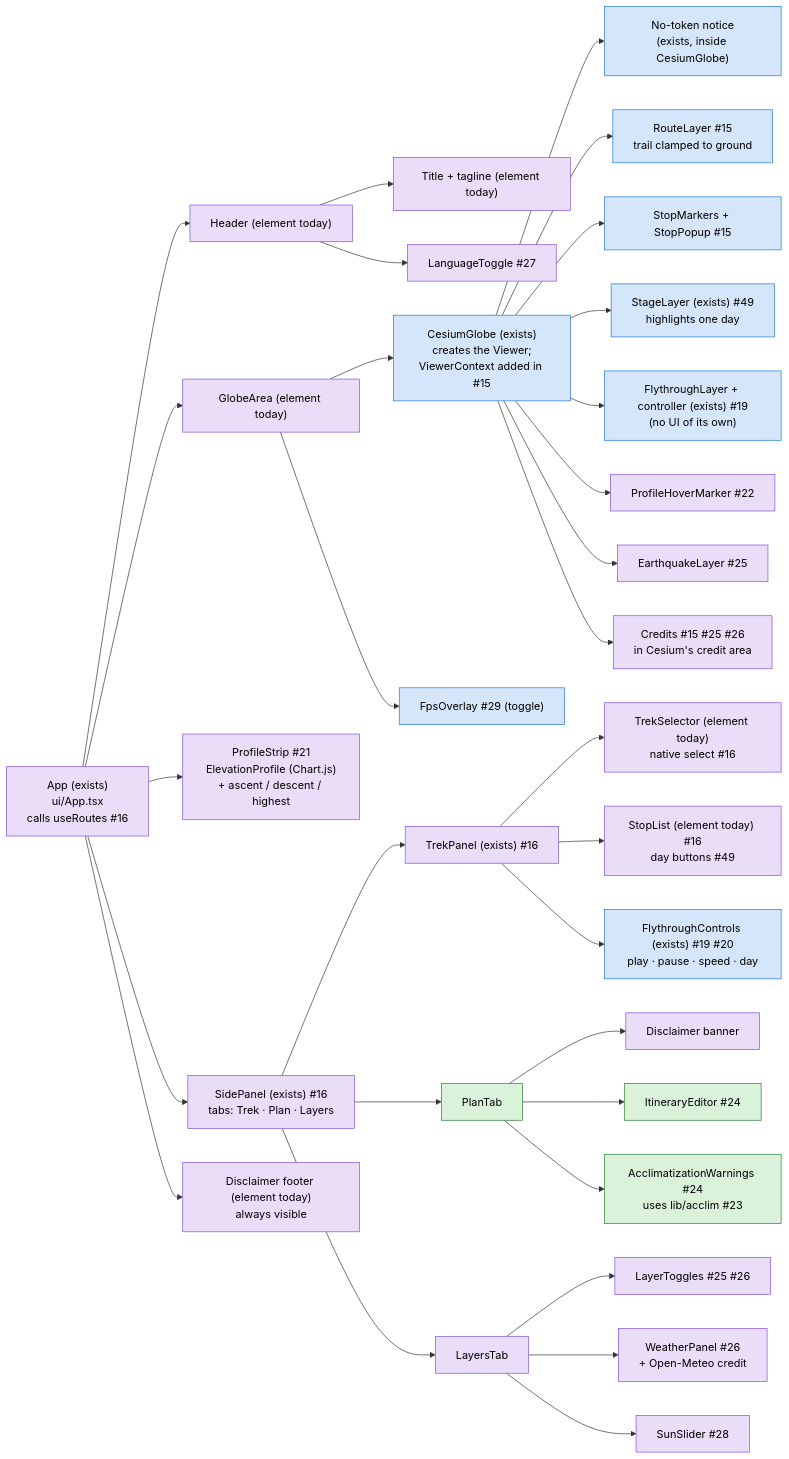
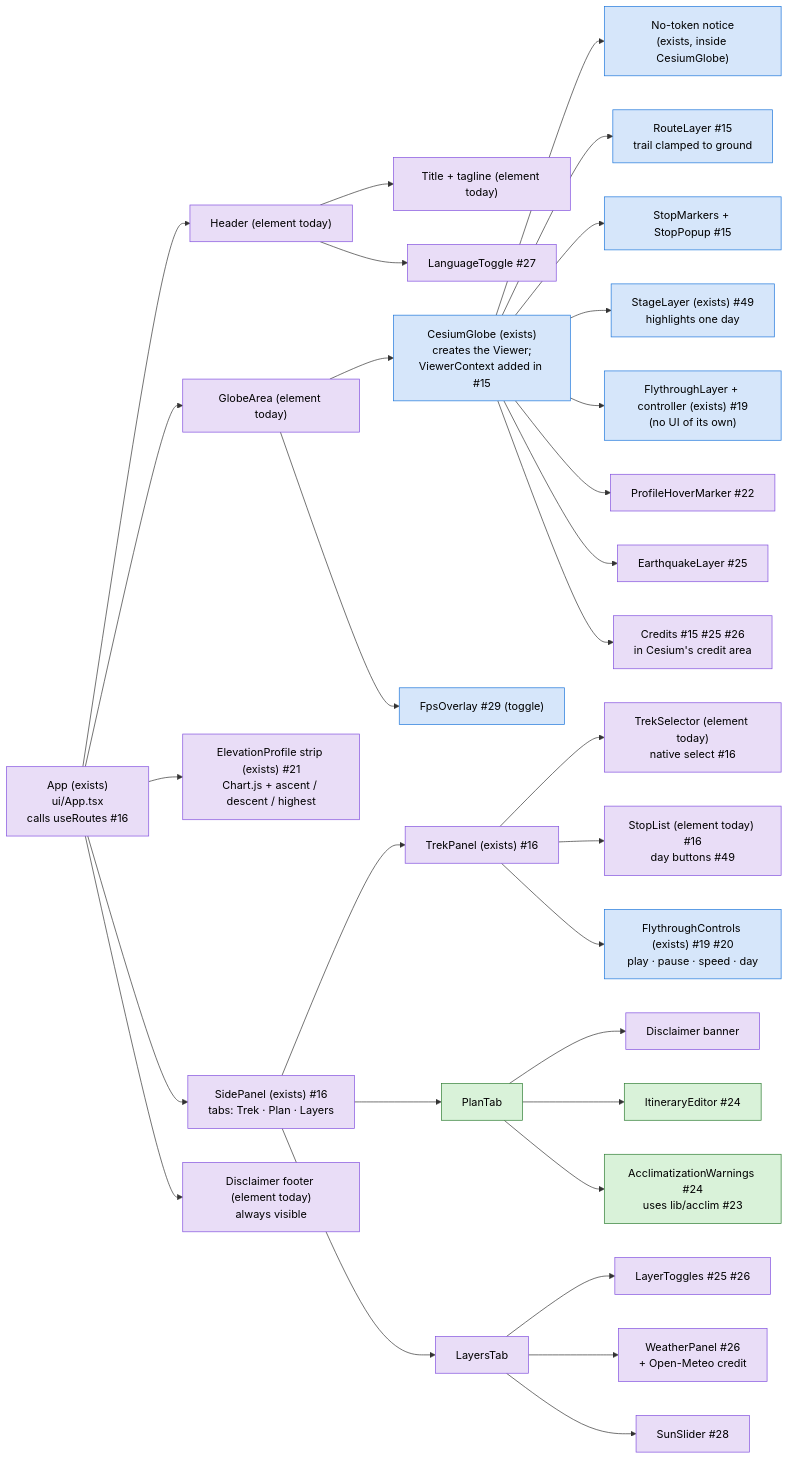
Before and after one commit to dipson6525/himalaya-3d: the first of 2 diagrams in docs/ui-design.md, drawn with Mermaid. The commit also changed other lines of this file and 8 other files, not shown here.

````diff
--- a/docs/ui-design.md
+++ b/docs/ui-design.md
@@ -51,42 +51,42 @@
 ```mermaid
 flowchart LR
   App["App (exists)<br/>ui/App.tsx<br/>calls useRoutes #16"]:::dipson
 
   App --> Header["Header (element today)"]:::dipson
   Header --> Title["Title + tagline (element today)"]:::dipson
   Header --> Lang["LanguageToggle #27"]:::dipson
 
   App --> GlobeArea["GlobeArea (element today)"]:::dipson
   GlobeArea --> Globe["CesiumGlobe (exists)<br/>creates the Viewer;<br/>ViewerContext added in #15"]:::sparsh
   Globe --> Notice["No-token notice<br/>(exists, inside CesiumGlobe)"]:::sparsh
   Globe --> RouteLayer["RouteLayer #15<br/>trail clamped to ground"]:::sparsh
   Globe --> Stops["StopMarkers + StopPopup #15"]:::sparsh
   Globe --> StageLayer["StageLayer (exists) #49<br/>highlights one day"]:::sparsh
   Globe --> Fly["FlythroughLayer + controller (exists) #19<br/>(no UI of its own)"]:::sparsh
   Globe --> HoverMarker["ProfileHoverMarker #22"]:::dipson
   Globe --> Quakes["EarthquakeLayer #25"]:::dipson
   Globe --> Credits["Credits #15 #25 #26<br/>in Cesium's credit area"]:::dipson
   GlobeArea --> Fps["FpsOverlay #29 (toggle)"]:::sparsh
 
-  App --> Profile["ProfileStrip #21<br/>ElevationProfile (Chart.js)<br/>+ ascent / descent / highest"]:::dipson
+  App --> Profile["ElevationProfile strip (exists) #21<br/>Chart.js + ascent / descent / highest"]:::dipson
 
   App --> Panel["SidePanel (exists) #16<br/>tabs: Trek · Plan · Layers"]:::dipson
   Panel --> TrekTab["TrekPanel (exists) #16"]:::dipson
   TrekTab --> Selector["TrekSelector (element today)<br/>native select #16"]:::dipson
   TrekTab --> StopList["StopList (element today) #16<br/>day buttons #49"]:::dipson
   TrekTab --> FlyControls["FlythroughControls (exists) #19 #20<br/>play · pause · speed · day"]:::sparsh
   Panel --> PlanTab["PlanTab"]:::unique
   PlanTab --> PlanNote["Disclaimer banner"]:::dipson
   PlanTab --> Itinerary["ItineraryEditor #24"]:::unique
   PlanTab --> Warnings["AcclimatizationWarnings #24<br/>uses lib/acclim #23"]:::unique
   Panel --> LayersTab["LayersTab"]:::dipson
   LayersTab --> Toggles["LayerToggles #25 #26"]:::dipson
   LayersTab --> Weather["WeatherPanel #26<br/>+ Open-Meteo credit"]:::dipson
   LayersTab --> Sun["SunSlider #28"]:::dipson
 
   App --> Footer["Disclaimer footer (element today)<br/>always visible"]:::dipson
 
   classDef unique fill:#d9f2d9,stroke:#2e7d32,color:#000
   classDef sparsh fill:#d6e6fa,stroke:#1d76db,color:#000
   classDef dipson fill:#e9ddf7,stroke:#8250df,color:#000
 ```
````
